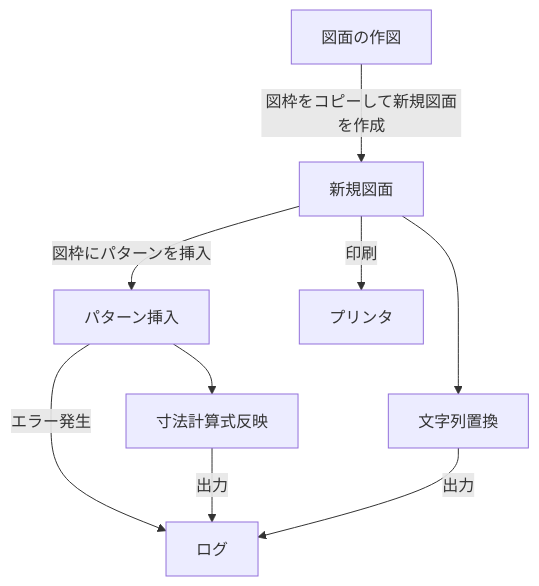
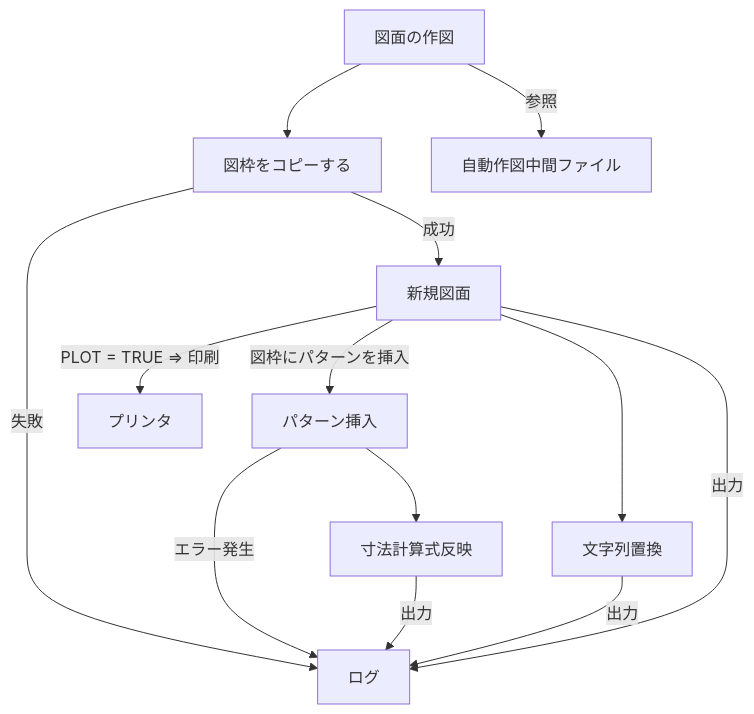
Before and after one commit to tungphan94/DesignPattern: the third of 6 diagrams in BehavioralPatterns/Command/README.md, drawn with Mermaid. The commit also changed other lines of this file, not shown here.

````diff
--- a/BehavioralPatterns/Command/README.md
+++ b/BehavioralPatterns/Command/README.md
@@ -20,11 +29,15 @@
 ```mermaid
 graph TD;
-    図面の作図 -->|図枠をコピーして新規図面を作成 |新規図面 
+    図面の作図 -->　図枠をコピーする
+  　図面の作図-->|参照|自動作図中間ファイル;
+    図枠をコピーする　--> |失敗|ログ
+    図枠をコピーする -->|成功|　新規図面 
     新規図面 　-->|図枠にパターンを挿入| パターン挿入
     パターン挿入　--> |エラー発生|ログ
     パターン挿入 --> 寸法計算式反映
     寸法計算式反映 --> |出力|ログ
     新規図面 --> 文字列置換
     文字列置換--> |出力|ログ
-     新規図面 --> |印刷|プリンタ;
+    新規図面--> |出力|ログ
+     新規図面 --> |PLOT = TRUE => 印刷|プリンタ;
 ```
````
